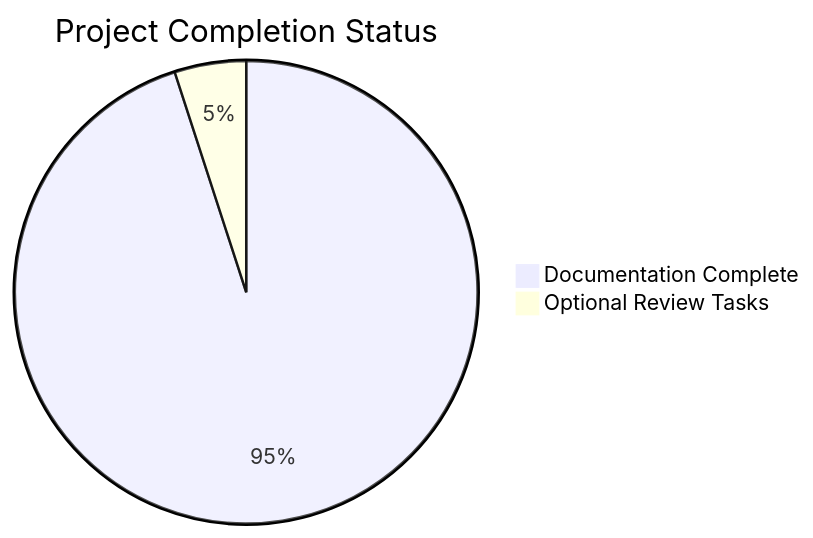
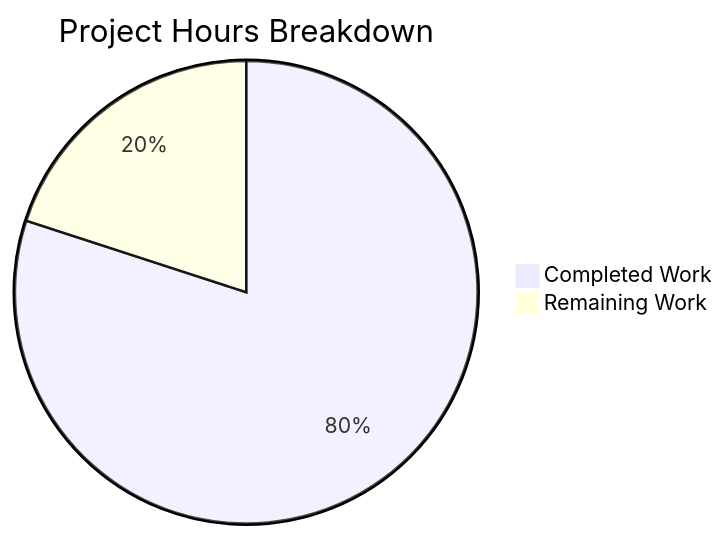
One commit to lakshya-blitzy/hello_world_Oct_2025 changed the diagram in blitzy/documentation/Project Guide.md. Above: the diagram before and after it, drawn with Mermaid. The commit also changed other lines of this file, not shown here.

Commit message:
Adding Blitzy Project Guide: Project Status and Human Tasks Remaining

````diff
--- a/blitzy/documentation/Project Guide.md
+++ b/blitzy/documentation/Project Guide.md
@@ -914,5 +123,5 @@
 ```mermaid
-pie title Project Completion Status
-    "Documentation Complete" : 95
-    "Optional Review Tasks" : 5
+pie title Project Hours Breakdown
+    "Completed Work" : 28
+    "Remaining Work" : 7
 ```
````
